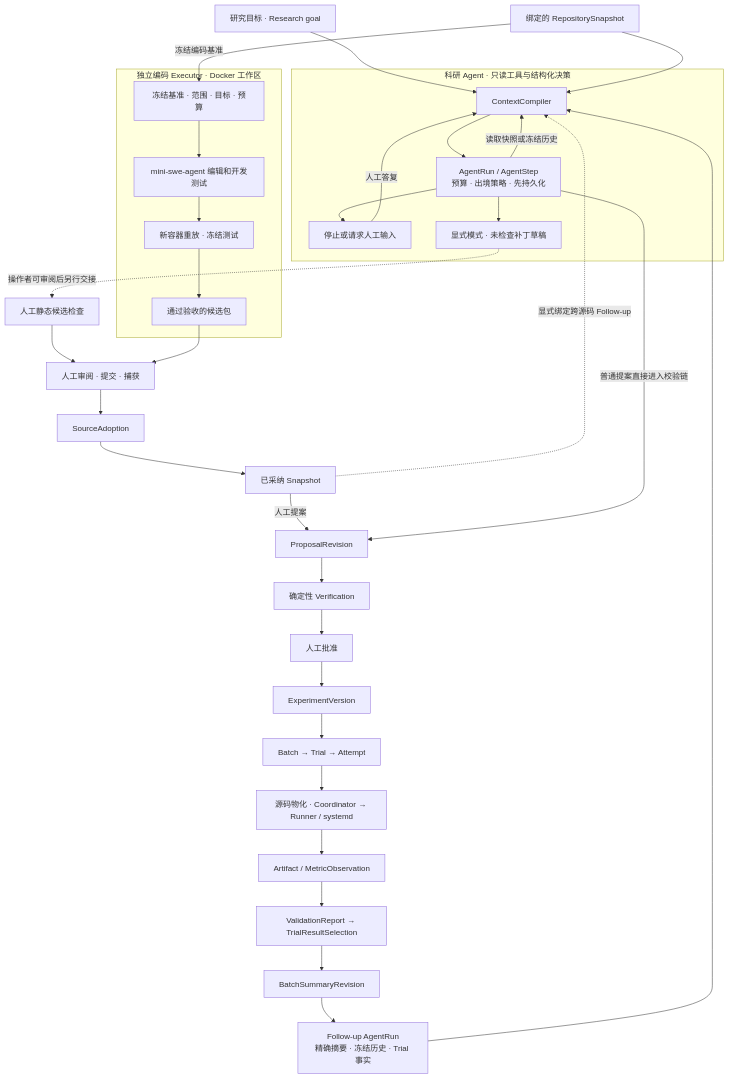
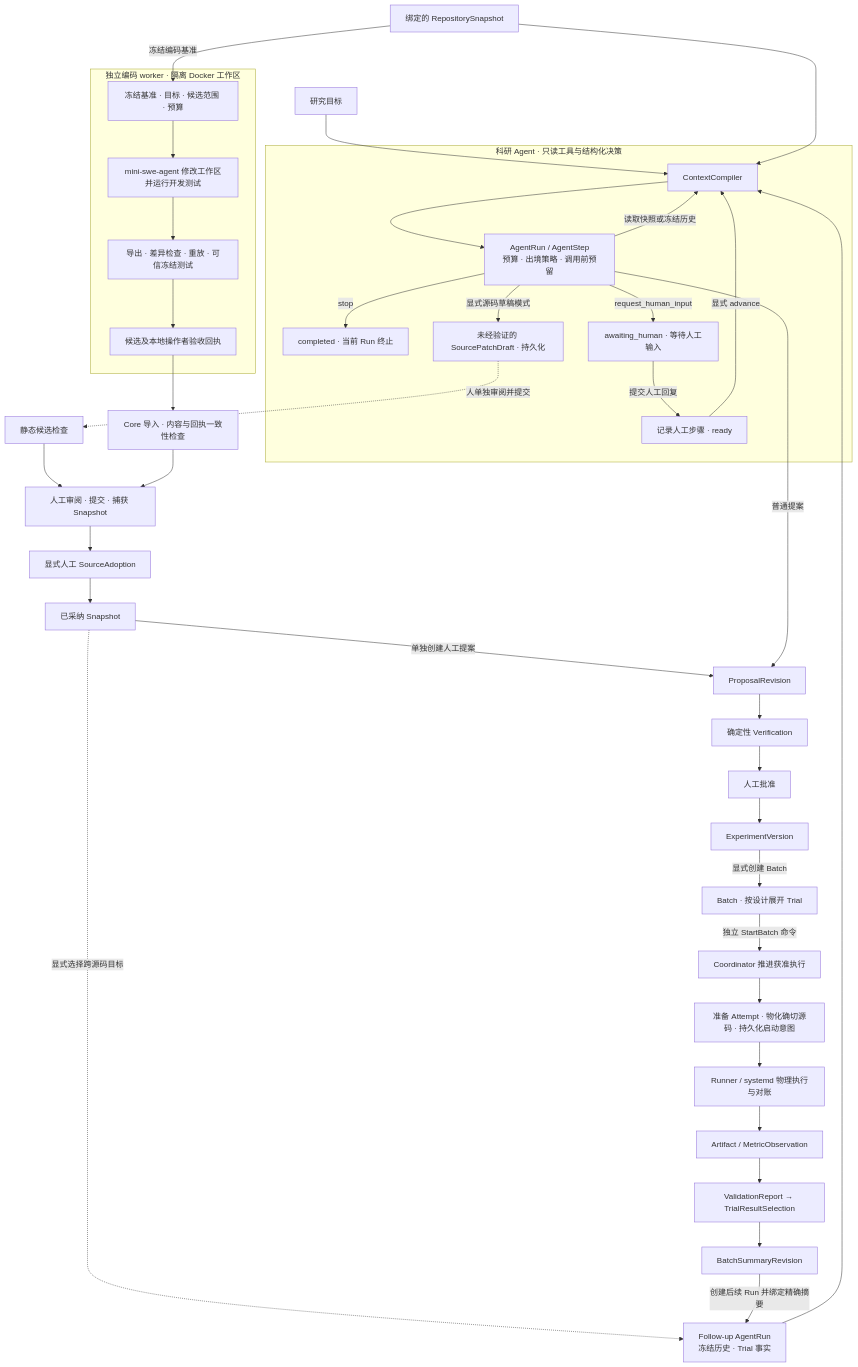
One commit to Air000000/LabPilot changed the diagram in docs/interview/research-runtime-preview.md. Above: the diagram before and after it, drawn with Mermaid. The commit also changed other lines of this file and 16 other files, not shown here.

````diff
--- a/docs/interview/research-runtime-preview.md
+++ b/docs/interview/research-runtime-preview.md
@@ -5,36 +5,41 @@
 ```mermaid
 flowchart TD
-    Goal["研究目标 · Research goal"] --> Context
+    Goal["研究目标"] --> Context
     Repo["绑定的 RepositorySnapshot"] --> Context
     subgraph Core["科研 Agent · 只读工具与结构化决策"]
-        Context["ContextCompiler"] --> Run["AgentRun / AgentStep<br/>预算 · 出境策略 · 先持久化"]
+        Context["ContextCompiler"] --> Run["AgentRun / AgentStep<br/>预算 · 出境策略 · 调用前预留"]
         Run -->|读取快照或冻结历史| Context
-        Run --> Human["停止或请求人工输入"]
-        Human -->|人工答复| Context
-        Run --> Draft["显式模式 · 未检查补丁草稿"]
+        Run -->|stop| Stop["completed · 当前 Run 终止"]
+        Run -->|request_human_input| Await["awaiting_human · 等待人工输入"]
+        Await -->|提交人工回复| Ready["记录人工步骤 · ready"]
+        Ready -->|显式 advance| Context
+        Run -->|显式源码草稿模式| Draft["未经验证的 SourcePatchDraft · 持久化"]
     end
-    subgraph Coding["独立编码 Executor · Docker 工作区"]
-        Task["冻结基准 · 范围 · 目标 · 预算"] --> Worker["mini-swe-agent 编辑和开发测试"]
-        Worker --> Check["新容器重放 · 冻结测试"]
-        Check --> Package["通过验收的候选包"]
+    subgraph Coding["独立编码 worker · 隔离 Docker 工作区"]
+        Task["冻结基准 · 目标 · 候选范围 · 预算"] --> Worker["mini-swe-agent 修改工作区并运行开发测试"]
+        Worker --> Check["导出 · 差异检查 · 重放 · 可信冻结测试"]
+        Check --> Receipt["候选及本地操作者验收回执"]
     end
     Repo -->|冻结编码基准| Task
-    Draft -.->|操作者可审阅后另行交接| Static["人工静态候选检查"]
-    Static --> Review["人工审阅 · 提交 · 捕获"]
-    Package --> Review
-    Review --> Adoption["SourceAdoption"]
+    Draft -.->|人单独审阅并提交| Static["静态候选检查"]
+    Receipt --> Import["Core 导入 · 内容与回执一致性检查"]
+    Static --> Review["人工审阅 · 提交 · 捕获 Snapshot"]
+    Import --> Review
+    Review --> Adoption["显式人工 SourceAdoption"]
     Adoption --> NextSource["已采纳 Snapshot"]
-    NextSource -->|人工提案| Proposal
-    NextSource -.->|显式绑定跨源码 Follow-up| Context
-    Run -->|普通提案直接进入校验链| Proposal["ProposalRevision"]
+    NextSource -->|单独创建人工提案| Proposal
+    NextSource -.->|显式选择跨源码目标| Follow
+    Run -->|普通提案| Proposal["ProposalRevision"]
     Proposal --> Verify["确定性 Verification"]
     Verify --> Approval["人工批准"]
     Approval --> Version["ExperimentVersion"]
-    Version --> Batch["Batch → Trial → Attempt"]
-    Batch --> Execute["源码物化 · Coordinator → Runner / systemd"]
+    Version -->|显式创建 Batch| Batch["Batch · 按设计展开 Trial"]
+    Batch -->|独立 StartBatch 命令| Advance["Coordinator 推进获准执行"]
+    Advance --> Attempt["准备 Attempt · 物化确切源码 · 持久化启动意图"]
+    Attempt --> Execute["Runner / systemd 物理执行与对账"]
     Execute --> Artifacts["Artifact / MetricObservation"]
     Artifacts --> Validation["ValidationReport → TrialResultSelection"]
     Validation --> Summary["BatchSummaryRevision"]
-    Summary --> Follow["Follow-up AgentRun<br/>精确摘要 · 冻结历史 · Trial 事实"]
+    Summary -->|创建后续 Run 并绑定精确摘要| Follow["Follow-up AgentRun<br/>冻结历史 · Trial 事实"]
     Follow --> Context
 ```
````
